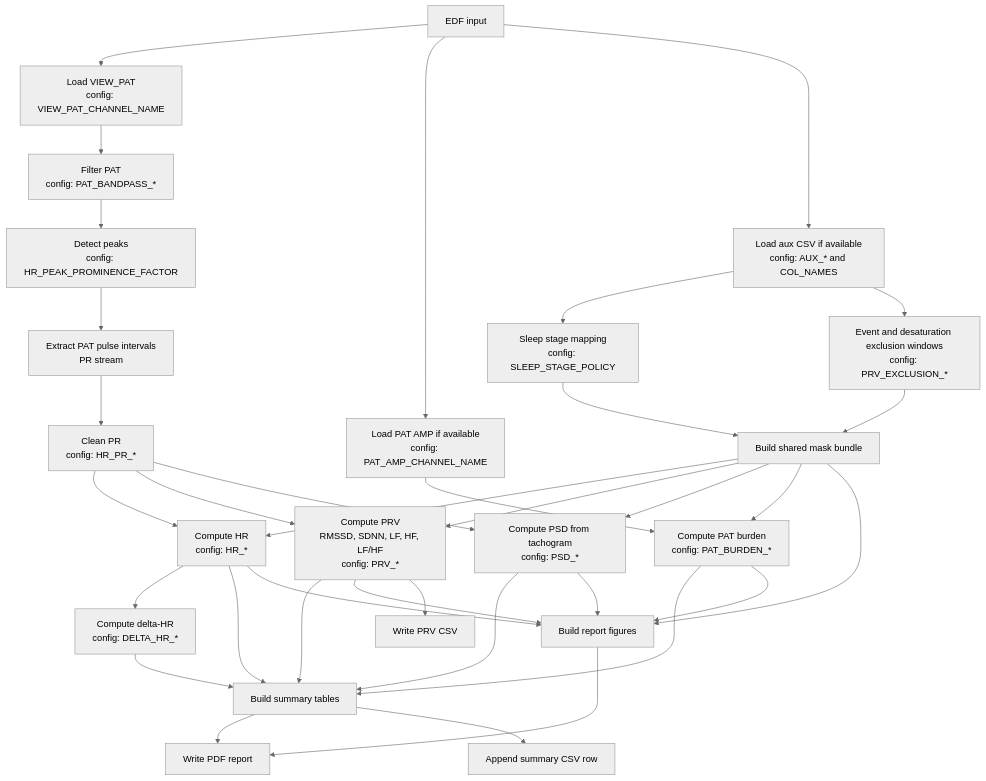
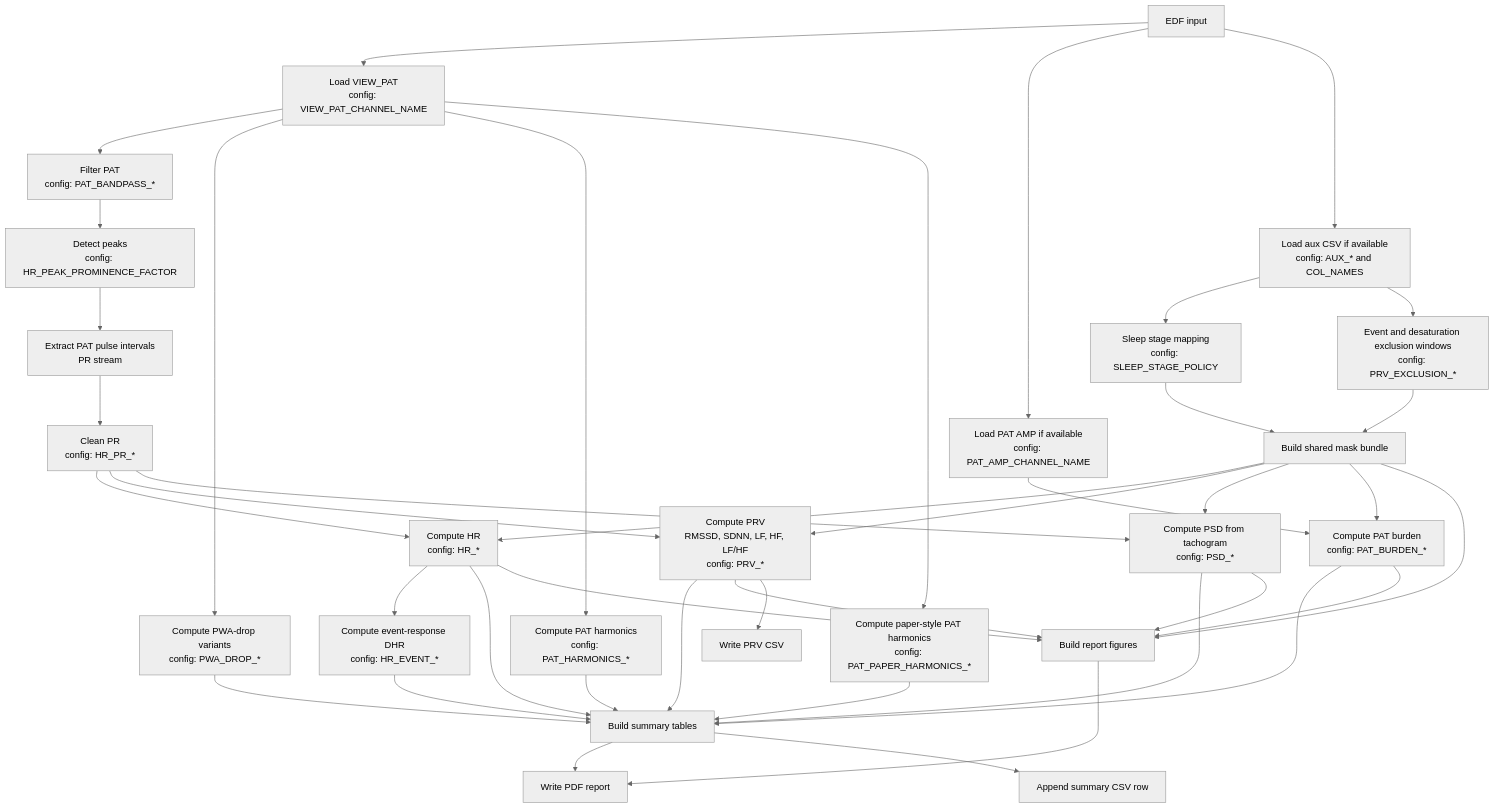
The diagram in README.md (JindrichA/pat_toolbox), drawn with Mermaid (neutral theme) before and after one commit. The commit also changed other lines of this file and 23 other files, not shown here.

Commit message:
Refine vascular response reports and harmonics

````diff
--- a/README.md
+++ b/README.md
@@ -99,44 +103,50 @@
 ```mermaid
 flowchart TD
     A[EDF input] --> B[Load VIEW_PAT\nconfig: VIEW_PAT_CHANNEL_NAME]
     B --> C[Filter PAT\nconfig: PAT_BANDPASS_*]
     C --> D[Detect peaks\nconfig: HR_PEAK_PROMINENCE_FACTOR]
     D --> E[Extract PAT pulse intervals\nPR stream]
     E --> F[Clean PR\nconfig: HR_PR_*]
 
     A --> G[Load PAT AMP if available\nconfig: PAT_AMP_CHANNEL_NAME]
     A --> H[Load aux CSV if available\nconfig: AUX_* and COL_NAMES]
     H --> I[Sleep stage mapping\nconfig: SLEEP_STAGE_POLICY]
     H --> J[Event and desaturation exclusion windows\nconfig: PRV_EXCLUSION_*]
     I --> K[Build shared mask bundle]
     J --> K
 
     F --> L[Compute HR\nconfig: HR_*]
     F --> M[Compute PRV\nRMSSD, SDNN, LF, HF, LF/HF\nconfig: PRV_*]
     F --> N[Compute PSD from tachogram\nconfig: PSD_*]
     G --> O[Compute PAT burden\nconfig: PAT_BURDEN_*]
+    B --> V[Compute PWA-drop variants\nconfig: PWA_DROP_*]
+    B --> W[Compute PAT harmonics\nconfig: PAT_HARMONICS_*]
+    B --> X[Compute paper-style PAT harmonics\nconfig: PAT_PAPER_HARMONICS_*]
 
     K --> L
     K --> M
     K --> N
     K --> O
 
-    L --> P[Compute delta-HR\nconfig: DELTA_HR_*]
+    L --> P[Compute event-response DHR\nconfig: HR_EVENT_*]
 
     L --> Q[Build summary tables]
     M --> Q
     N --> Q
     O --> Q
     P --> Q
+    V --> Q
+    W --> Q
+    X --> Q
 
     L --> R[Build report figures]
     M --> R
     N --> R
     O --> R
     K --> R
     Q --> S[Write PDF report]
     R --> S
 
     M --> T[Write PRV CSV]
     Q --> U[Append summary CSV row]
 ```
````
